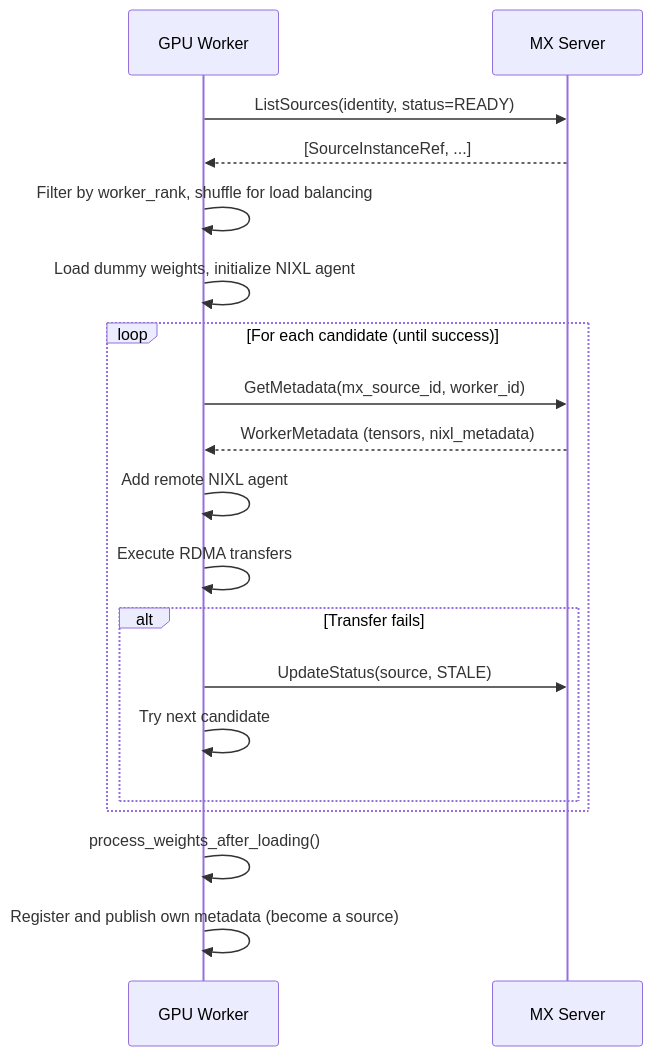
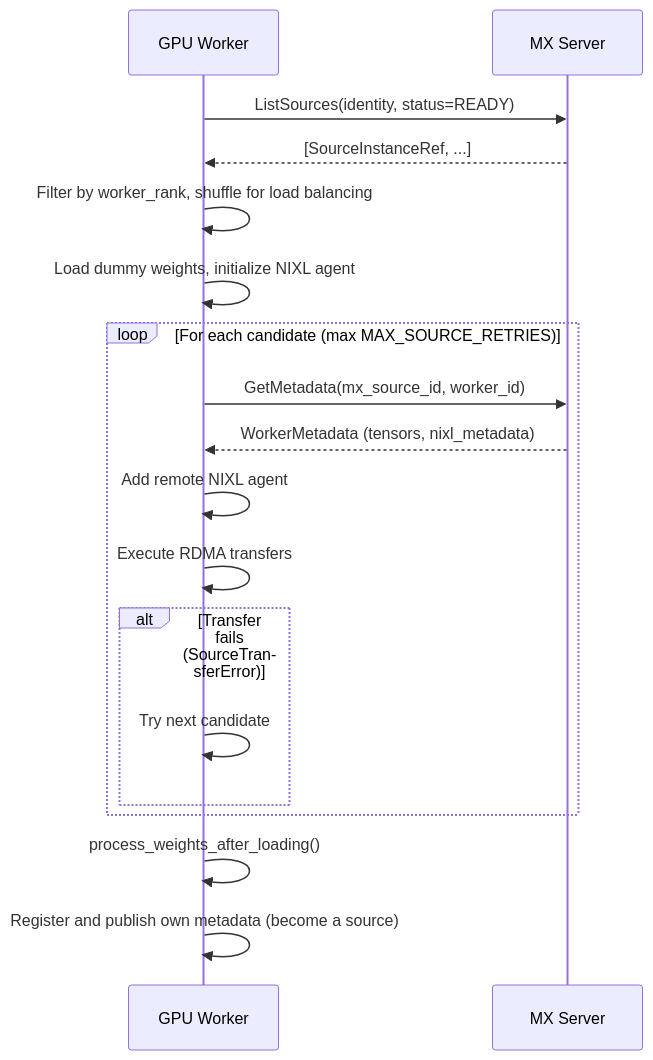
One commit to ai-dynamo/modelexpress changed the third of 3 diagrams in docs/metadata.md. Above: the diagram before and after it, drawn with Mermaid. The commit also changed other lines of this file and 2 other files, not shown here.

First line of the commit message:
docs: update metadata and architecture docs for heartbeat/reaper

````diff
--- a/docs/metadata.md
+++ b/docs/metadata.md
@@ -257,22 +264,21 @@
 ```mermaid
 sequenceDiagram
     participant W as GPU Worker
     participant MX as MX Server
 
     W->>MX: ListSources(identity, status=READY)
     MX-->>W: [SourceInstanceRef, ...]
     W->>W: Filter by worker_rank, shuffle for load balancing
     W->>W: Load dummy weights, initialize NIXL agent
-    loop For each candidate (until success)
+    loop For each candidate (max MAX_SOURCE_RETRIES)
         W->>MX: GetMetadata(mx_source_id, worker_id)
         MX-->>W: WorkerMetadata (tensors, nixl_metadata)
         W->>W: Add remote NIXL agent
         W->>W: Execute RDMA transfers
-        alt Transfer fails
-            W->>MX: UpdateStatus(source, STALE)
+        alt Transfer fails (SourceTransferError)
             W->>W: Try next candidate
         end
     end
     W->>W: process_weights_after_loading()
     W->>W: Register and publish own metadata (become a source)
 ```
````
